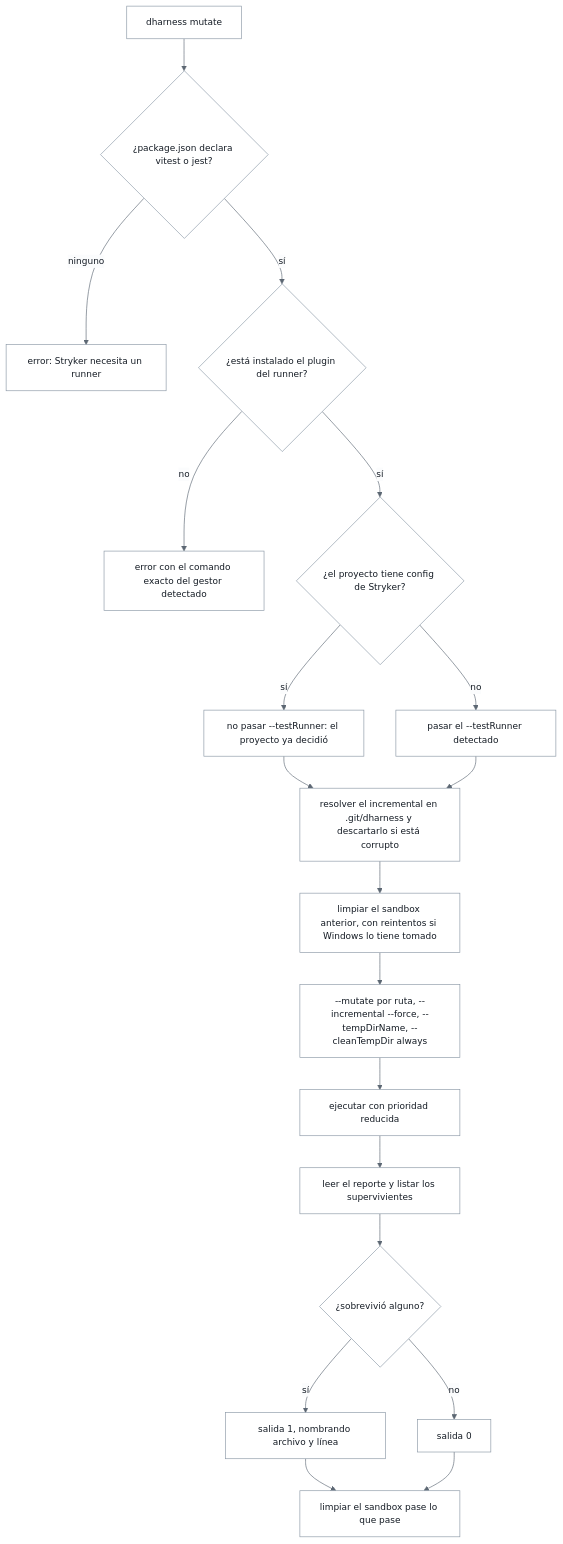
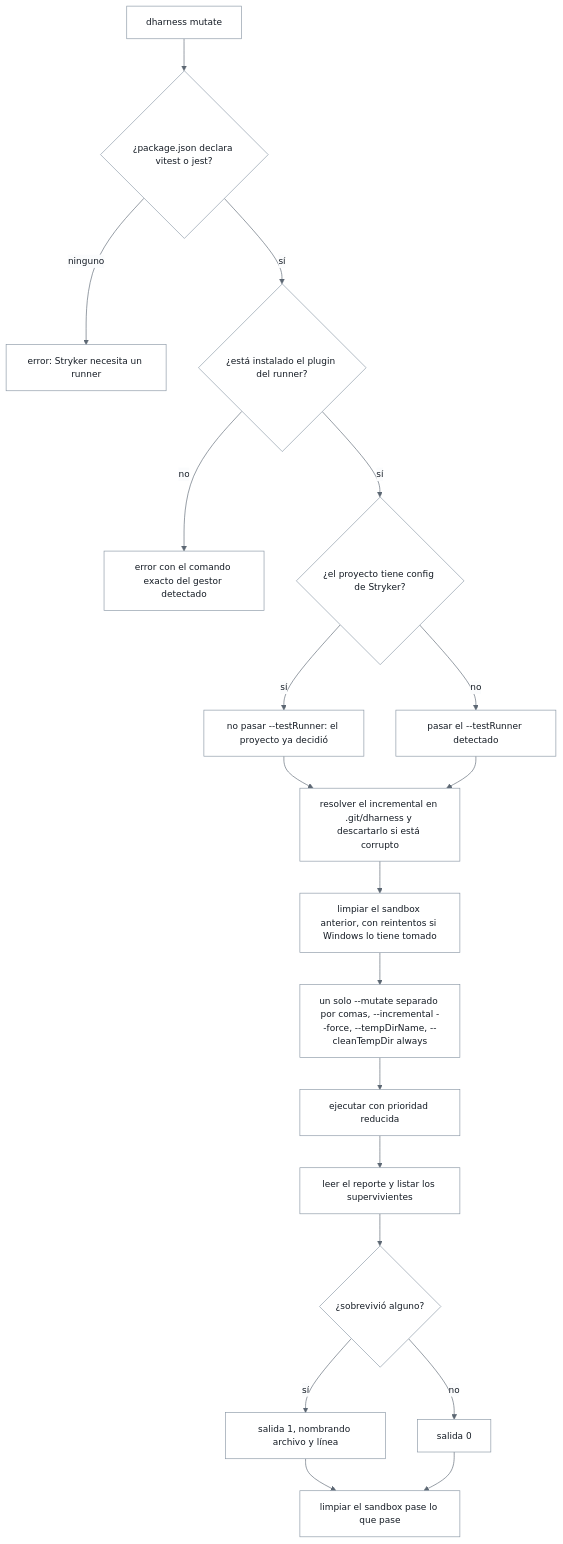
Before and after one commit to Disble/dharness: the seventh of 8 diagrams in docs/flujo-implementado.md, drawn with Mermaid. The commit also changed other lines of this file and 5 other files, not shown here.

````diff
--- a/docs/flujo-implementado.md
+++ b/docs/flujo-implementado.md
@@ -468,22 +468,22 @@
 ```mermaid
 %%{init: {"theme":"base","themeVariables":{"background":"#fbfcfd","primaryColor":"#ffffff","primaryTextColor":"#141b24","primaryBorderColor":"#8a97a5","lineColor":"#5c6773","textColor":"#141b24","mainBkg":"#ffffff","nodeBorder":"#8a97a5","clusterBkg":"#eef1f4","clusterBorder":"#c3ccd5","titleColor":"#1a5570","edgeLabelBackground":"#fbfcfd","fontSize":"14px"},"flowchart":{"htmlLabels":true,"wrappingWidth":190,"useMaxWidth":true}}}%%
 flowchart TD
     A["dharness mutate"] --> B{"¿package.json declara vitest o jest?"}
     B -->|"ninguno"| E1["error: Stryker necesita un runner"]
     B -->|"sí"| C{"¿está instalado el plugin del runner?"}
     C -->|"no"| E2["error con el comando exacto del gestor detectado"]
     C -->|"sí"| D{"¿el proyecto tiene config de Stryker?"}
     D -->|"sí"| N["no pasar --testRunner: el proyecto ya decidió"]
     D -->|"no"| Y["pasar el --testRunner detectado"]
     N --> ST["resolver el incremental en .git/dharness y descartarlo si está corrupto"]
     Y --> ST
     ST --> CL["limpiar el sandbox anterior, con reintentos si Windows lo tiene tomado"]
-    CL --> INV["--mutate por ruta, --incremental --force, --tempDirName, --cleanTempDir always"]
+    CL --> INV["un solo --mutate separado por comas, --incremental --force, --tempDirName, --cleanTempDir always"]
     INV --> PR["ejecutar con prioridad reducida"]
     PR --> RD["leer el reporte y listar los supervivientes"]
     RD --> V{"¿sobrevivió alguno?"}
     V -->|"sí"| F["salida 1, nombrando archivo y línea"]
     V -->|"no"| OK["salida 0"]
     F --> CU["limpiar el sandbox pase lo que pase"]
     OK --> CU
 ```
````
